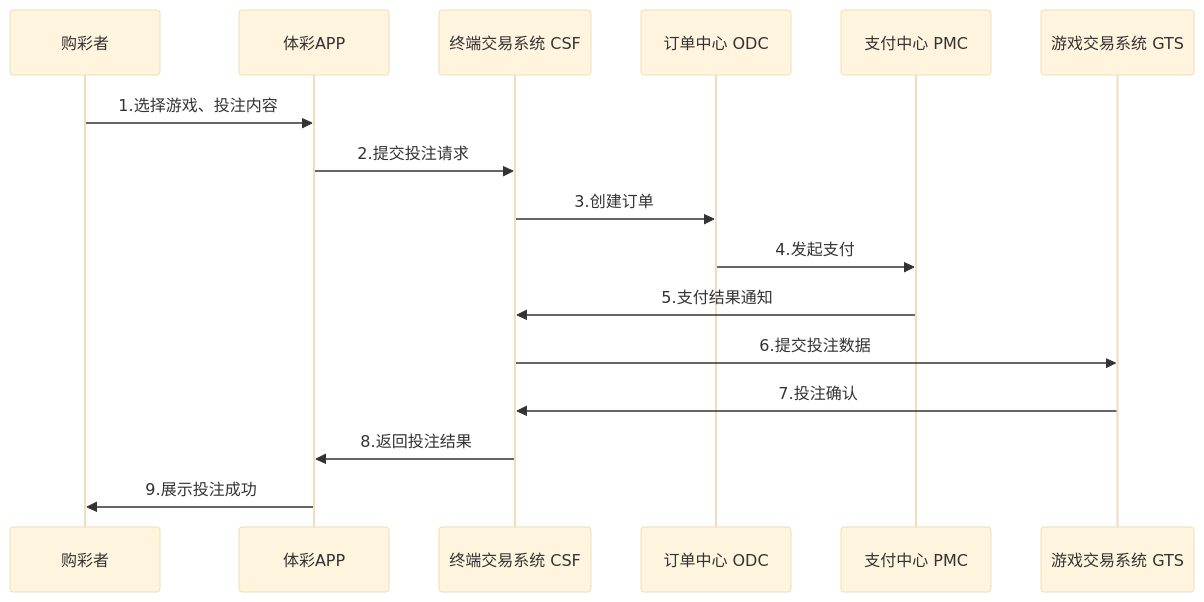
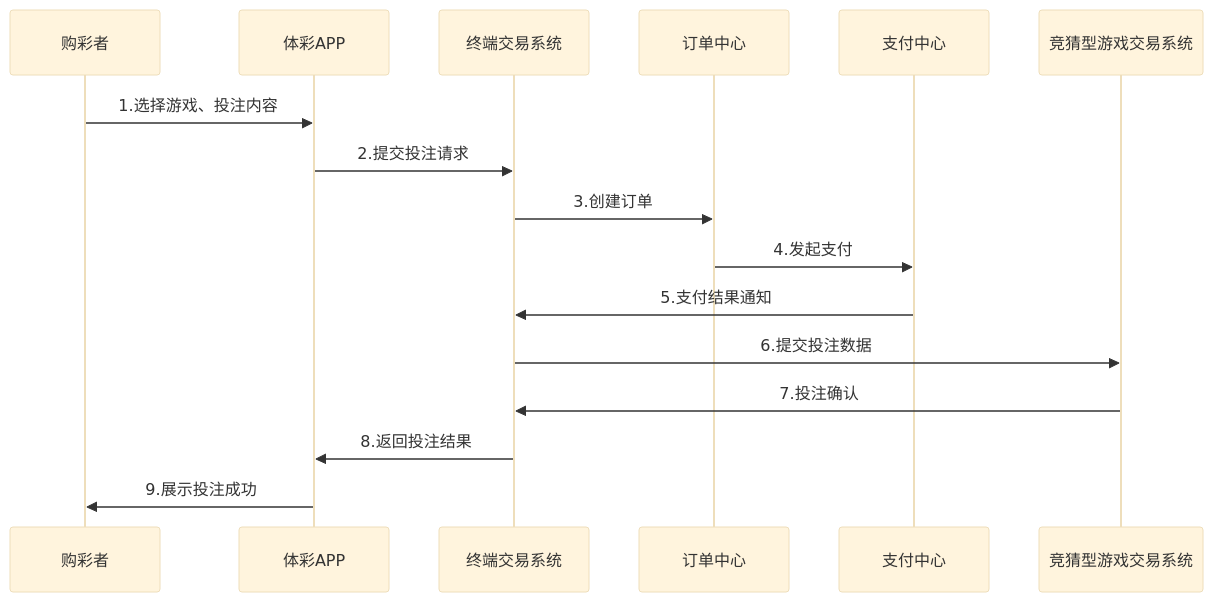
The second of 3 diagrams in SKILL.md (yangtaylor/asw-skill), drawn with Mermaid (base theme) before and after one commit. The commit also changed other lines of this file, not shown here.

````diff
--- a/SKILL.md
+++ b/SKILL.md
@@ -334,19 +336,19 @@
    ```mermaid
    sequenceDiagram
        participant A as 购彩者
        participant B as 体彩APP
-       participant C as 终端交易系统 CSF
-       participant D as 订单中心 ODC
-       participant E as 支付中心 PMC
-       participant F as 游戏交易系统 GTS
+       participant C as 终端交易系统
+       participant D as 订单中心
+       participant E as 支付中心
+       participant F as 竞猜型游戏交易系统
        
        A->>B: 1.选择游戏、投注内容
        B->>C: 2.提交投注请求
        C->>D: 3.创建订单
        D->>E: 4.发起支付
        E->>C: 5.支付结果通知
        C->>F: 6.提交投注数据
        F->>C: 7.投注确认
        C->>B: 8.返回投注结果
        B->>A: 9.展示投注成功
    ```
````
